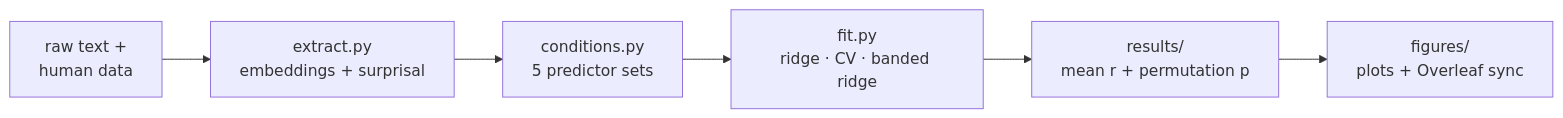
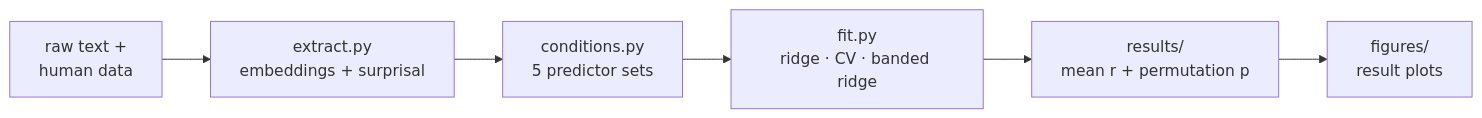
Before and after one commit to Andrea-de-Varda/SFL-EMB: the second of 2 diagrams in README.md, drawn with Mermaid. The commit also changed other lines of this file, not shown here.

````diff
--- a/README.md
+++ b/README.md
@@ -146,8 +151,8 @@
 ```mermaid
 flowchart LR
     D["raw text +<br/>human data"] --> X["extract.py<br/>embeddings + surprisal"]
     X --> C["conditions.py<br/>5 predictor sets"]
     C --> F["fit.py<br/>ridge · CV · banded ridge"]
     F --> R["results/<br/>mean r + permutation p"]
-    R --> P["figures/<br/>plots + Overleaf sync"]
+    R --> P["figures/<br/>result plots"]
 ```
````
